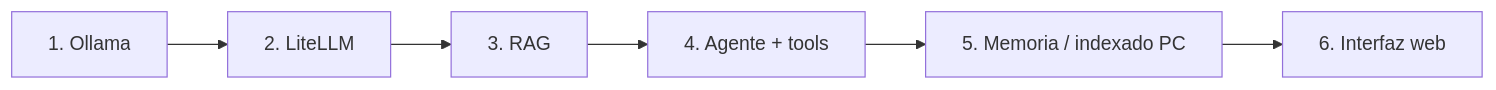
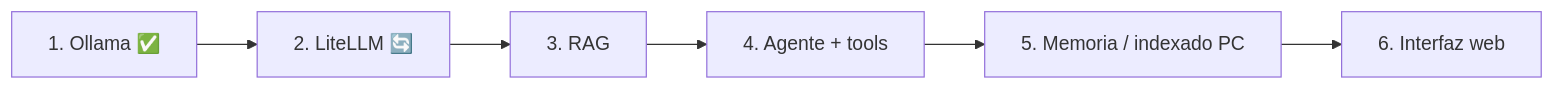
Before and after one commit to pardepala/ia-local: the diagram in docs/ROADMAP.md, drawn with Mermaid. The commit also changed other lines of this file and 3 other files, not shown here.

````diff
--- a/docs/ROADMAP.md
+++ b/docs/ROADMAP.md
@@ -3,8 +3,8 @@
 ```mermaid
 flowchart LR
-    A["1. Ollama"] --> B["2. LiteLLM"]
+    A["1. Ollama ✅"] --> B["2. LiteLLM 🔄"]
     B --> C["3. RAG"]
     C --> D["4. Agente + tools"]
     D --> E["5. Memoria / indexado PC"]
     E --> F["6. Interfaz web"]
 ```
````
